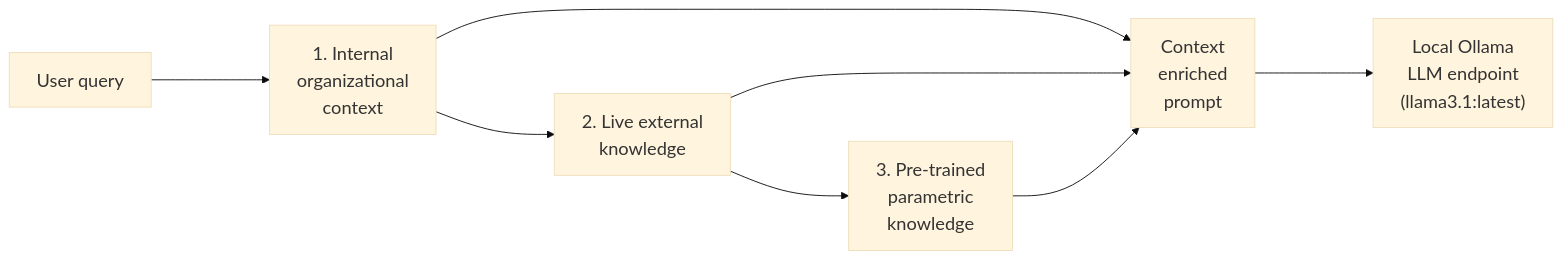
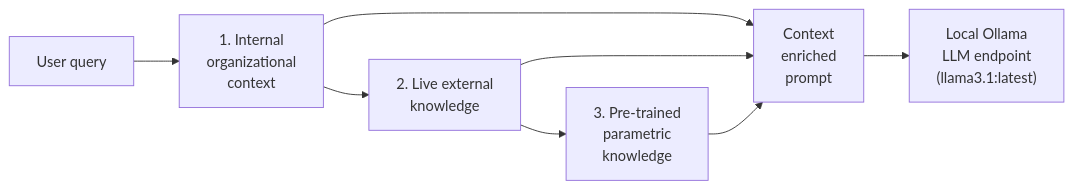
One commit to panxiaoyan225-sudo/Agentic_RAG_Pipeline changed the first of 2 diagrams in README.MD. Above: the diagram before and after it, drawn with Mermaid. The commit also changed other lines of this file, not shown here.

````diff
--- a/README.MD
+++ b/README.MD
@@ -14,22 +12,10 @@
 ```mermaid
-%%{init: {
-  'theme': 'base',
-  'themeVariables': {
-    'fontSize': '20px',
-    'fontFamily': 'trebuchet ms, Verdana, Arial, sans-serif'
-  },
-  'flowchart': {
-    'nodeSpacing': 130,
-    'rankSpacing': 130,
-    'curve': 'basis'
-  }
-}}%%
 flowchart LR
     Q["User query"] --> R1["1. Internal<br>organizational<br>context"]
     R1 --> R2["2. Live external<br>knowledge"]
     R2 --> R3["3. Pre-trained<br>parametric<br>knowledge"]
     R1 --> P["Context<br>enriched<br>prompt"]
     R2 --> P
     R3 --> P
     P --> LLM["Local Ollama<br>LLM endpoint<br>(llama3.1:latest)"]
 ```
````
